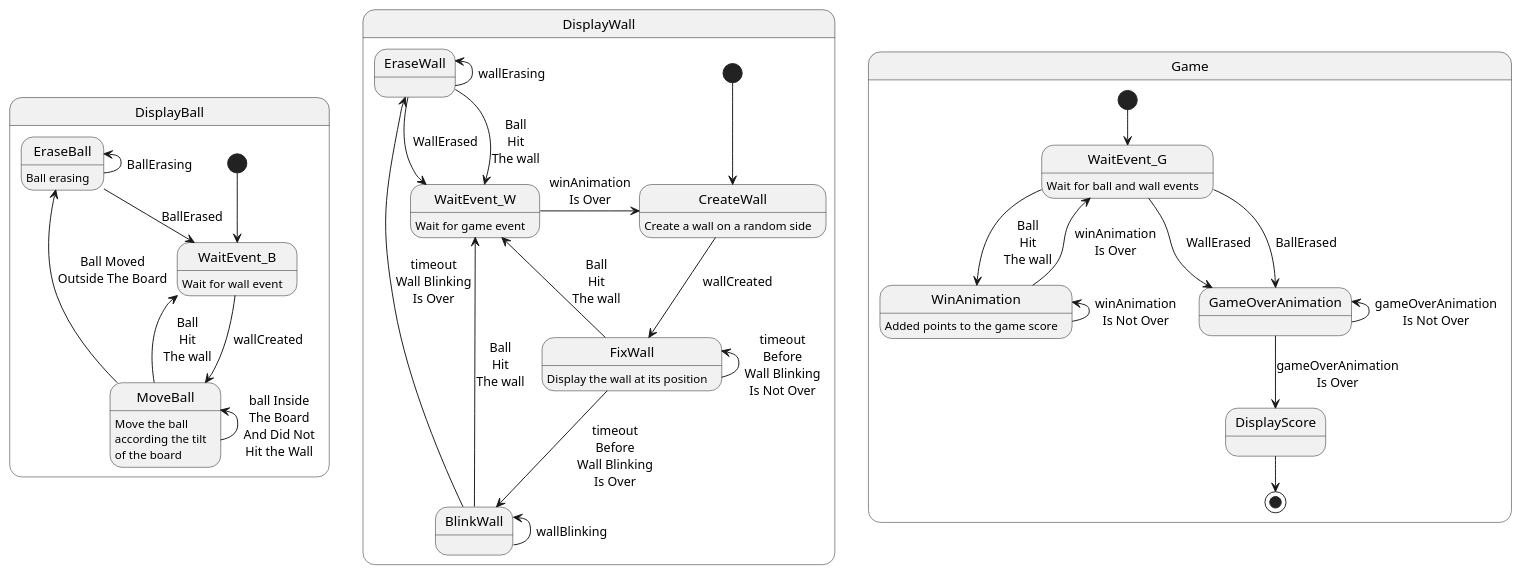
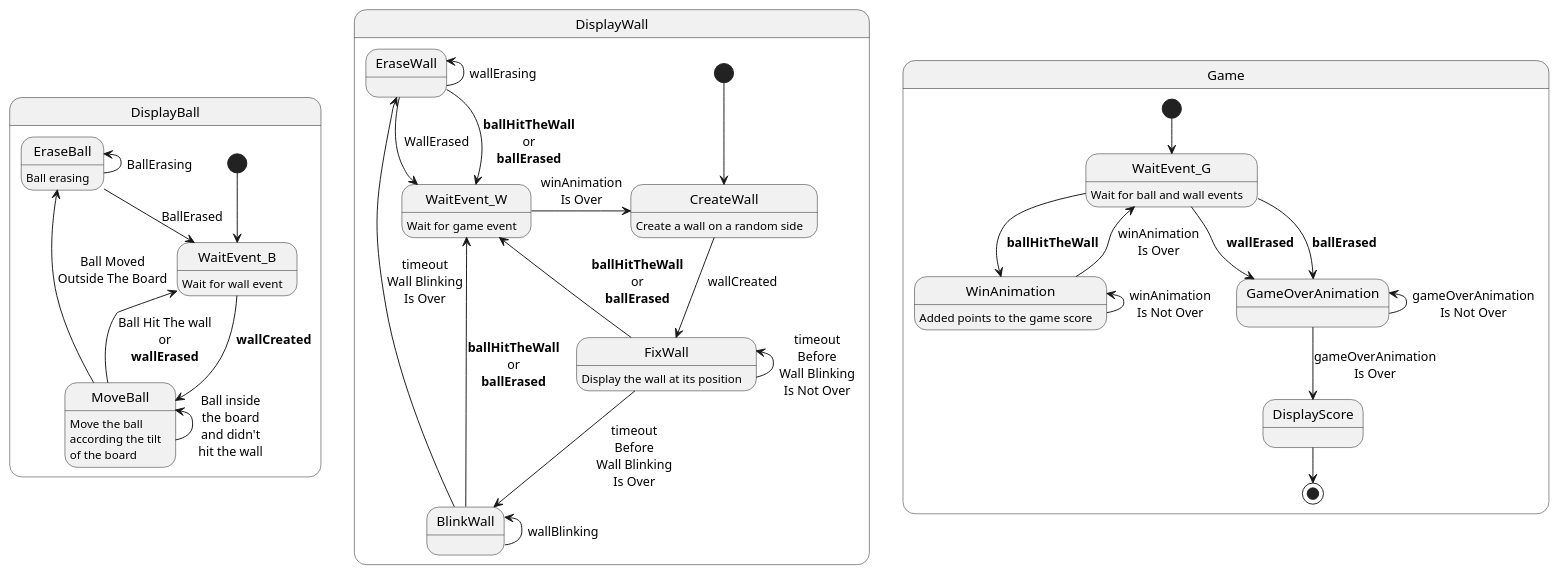
The diagram in Arduino-nano/LedsPong/LedsPong.puml (jebissey/GamesOfSkill), drawn with PlantUML before and after one commit. The commit also changed 4 other files, not shown here.

```diff
--- a/Arduino-nano/LedsPong/LedsPong.puml
+++ b/Arduino-nano/LedsPong/LedsPong.puml
@@ -1,62 +1,62 @@
 @startuml
 
 state DisplayBall {
     [*] --> WaitEvent_B
 
     WaitEvent_B : Wait for wall event
-    WaitEvent_B -> MoveBall : wallCreated
+    WaitEvent_B -> MoveBall : **wallCreated**
 
     MoveBall : Move the ball\naccording the tilt\nof the board
-    MoveBall -up-> MoveBall : ball Inside\nThe Board\nAnd Did Not\nHit the Wall
+    MoveBall -up-> MoveBall : Ball inside\nthe board\nand didn't\nhit the wall
     MoveBall --> EraseBall :  Ball Moved\nOutside The Board
-    MoveBall --> WaitEvent_B : Ball\nHit\nThe wall
+    MoveBall --> WaitEvent_B : Ball Hit The wall\nor\n**wallErased**
 
     EraseBall : Ball erasing
     EraseBall -up-> EraseBall : BallErasing
     EraseBall --> WaitEvent_B : BallErased
 
 }
 
 state DisplayWall {
     [*] --> CreateWall
 
     CreateWall : Create a wall on a random side
     CreateWall --> FixWall : wallCreated
 
     FixWall : Display the wall at its position
     FixWall -up-> FixWall : timeout\nBefore\nWall Blinking\nIs Not Over
     FixWall --> BlinkWall : timeout\nBefore\nWall Blinking\nIs Over
-    FixWall ->  WaitEvent_W :  Ball\nHit\nThe wall
+    FixWall ->  WaitEvent_W : **ballHitTheWall**\nor\n**ballErased**
     
     BlinkWall -up-> BlinkWall : wallBlinking
     BlinkWall --> EraseWall : timeout\nWall Blinking\nIs Over
-    BlinkWall ->  WaitEvent_W :  Ball\nHit\nThe wall
+    BlinkWall ->  WaitEvent_W : **ballHitTheWall**\nor\n**ballErased**
 
     EraseWall -up-> EraseWall : wallErasing
     EraseWall --> WaitEvent_W : WallErased
-    EraseWall ->  WaitEvent_W :  Ball\nHit\nThe wall
-
+    EraseWall ->  WaitEvent_W : **ballHitTheWall**\nor\n**ballErased**
+    
     WaitEvent_W : Wait for game event
     WaitEvent_W -> CreateWall : winAnimation\nIs Over
 }
 
 state Game {
     [*] --> WaitEvent_G
 
     WaitEvent_G : Wait for ball and wall events
-    WaitEvent_G --> GameOverAnimation : WallErased
-    WaitEvent_G --> GameOverAnimation : BallErased
+    WaitEvent_G --> GameOverAnimation : **wallErased**
+    WaitEvent_G --> GameOverAnimation : **ballErased**
 
-    WaitEvent_G --> WinAnimation : Ball\nHit\nThe wall
+    WaitEvent_G --> WinAnimation : **ballHitTheWall**
 
     WinAnimation : Added points to the game score
     WinAnimation -up-> WinAnimation : winAnimation\nIs Not Over
     WinAnimation --> WaitEvent_G : winAnimation\nIs Over
 
     GameOverAnimation -up-> GameOverAnimation : gameOverAnimation\nIs Not Over
     GameOverAnimation --> DisplayScore : gameOverAnimation\nIs Over
 
     DisplayScore --> [*]
 }
 
 @enduml
```
